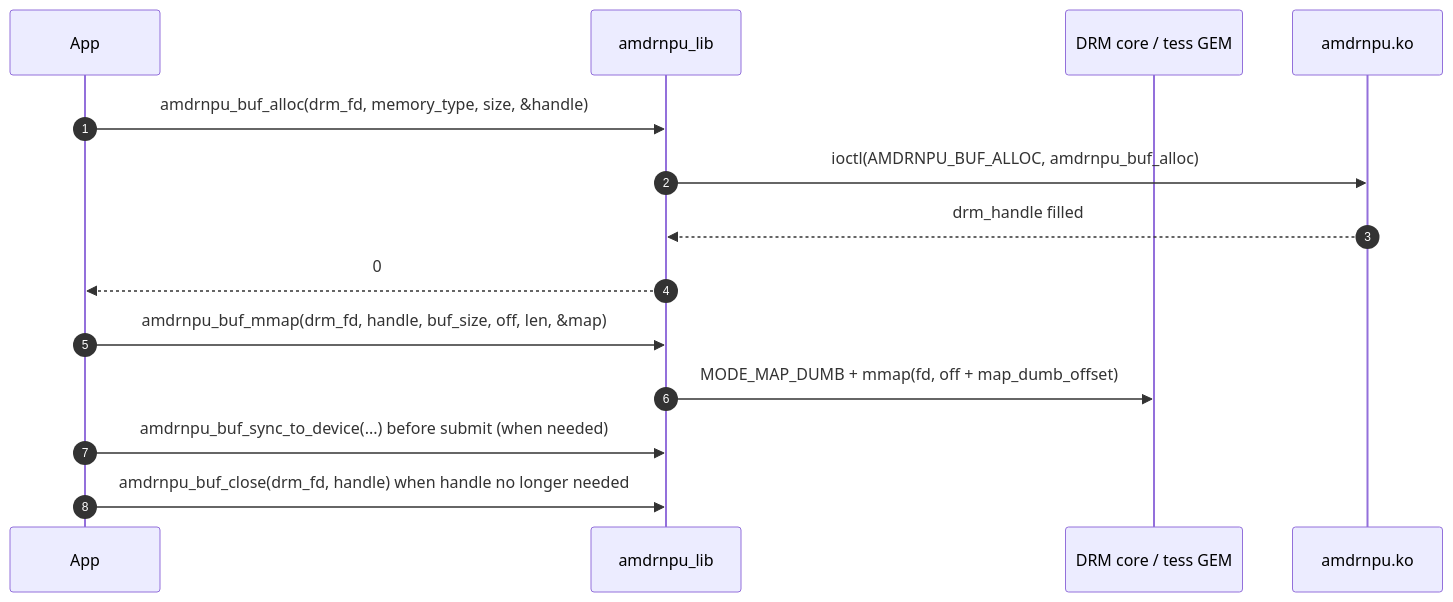
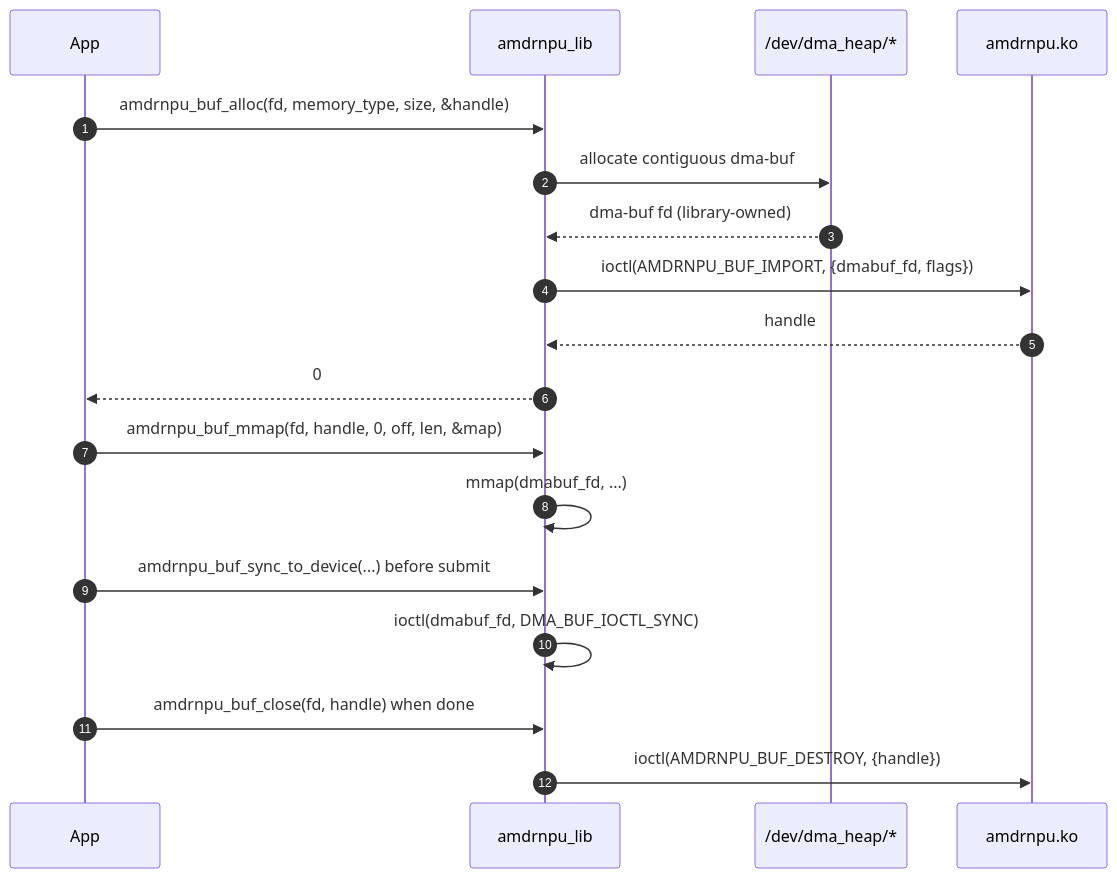
Before and after one commit to Xilinx/amdrnpu: the first of 3 diagrams in docs/lib-userspace-flow.md, drawn with Mermaid. The commit also changed other lines of this file and 11 other files, not shown here.

````diff
--- a/docs/lib-userspace-flow.md
+++ b/docs/lib-userspace-flow.md
@@ -39,18 +55,22 @@
 ```mermaid
 sequenceDiagram
     autonumber
     participant App
     participant Lib as amdrnpu_lib
-    participant DRM as DRM core / tess GEM
+    participant HEAP as /dev/dma_heap/*
     participant K as amdrnpu.ko
 
-    App->>Lib: amdrnpu_buf_alloc(drm_fd, memory_type, size, &handle)
-    Lib->>K: ioctl(AMDRNPU_BUF_ALLOC, amdrnpu_buf_alloc)
-    K-->>Lib: drm_handle filled
+    App->>Lib: amdrnpu_buf_alloc(fd, memory_type, size, &handle)
+    Lib->>HEAP: allocate contiguous dma-buf
+    HEAP-->>Lib: dma-buf fd (library-owned)
+    Lib->>K: ioctl(AMDRNPU_BUF_IMPORT, {dmabuf_fd, flags})
+    K-->>Lib: handle
     Lib-->>App: 0
 
-    App->>Lib: amdrnpu_buf_mmap(drm_fd, handle, buf_size, off, len, &map)
-    Lib->>DRM: MODE_MAP_DUMB + mmap(fd, off + map_dumb_offset)
-    App->>Lib: amdrnpu_buf_sync_to_device(...) before submit (when needed)
-    App->>Lib: amdrnpu_buf_close(drm_fd, handle) when handle no longer needed
+    App->>Lib: amdrnpu_buf_mmap(fd, handle, 0, off, len, &map)
+    Lib->>Lib: mmap(dmabuf_fd, ...)
+    App->>Lib: amdrnpu_buf_sync_to_device(...) before submit
+    Lib->>Lib: ioctl(dmabuf_fd, DMA_BUF_IOCTL_SYNC)
+    App->>Lib: amdrnpu_buf_close(fd, handle) when done
+    Lib->>K: ioctl(AMDRNPU_BUF_DESTROY, {handle})
 ```
````
